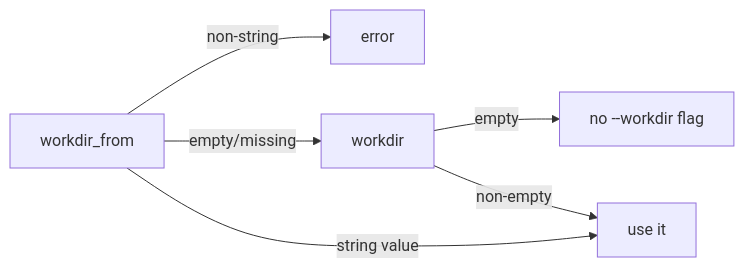
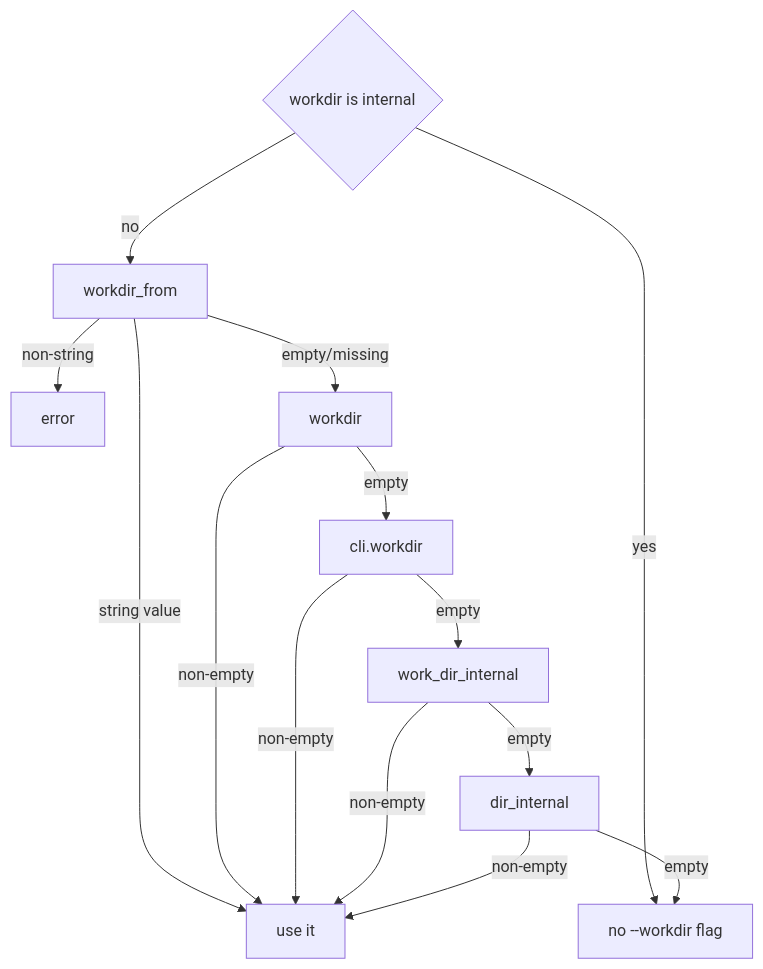
One commit to semsemyonoff/dwe changed the diagram in docs/reference/config/commands/types.md. Above: the diagram before and after it, drawn with Mermaid. The commit also changed other lines of this file and 10 other files, not shown here.

````diff
--- a/docs/reference/config/commands/types.md
+++ b/docs/reference/config/commands/types.md
@@ -712,8 +748,16 @@
 ```mermaid
-flowchart LR
-    F[workdir_from] -- non-string --> X[error]
+flowchart TD
+    S{workdir is internal} -- yes --> N[no --workdir flag]
+    S -- no --> F[workdir_from]
+    F -- non-string --> X[error]
+    F -- string value --> U[use it]
     F -- empty/missing --> W[workdir]
-    F -- string value --> U[use it]
-    W -- empty --> N[no --workdir flag]
     W -- non-empty --> U
+    W -- empty --> A[cli.workdir]
+    A -- non-empty --> U
+    A -- empty --> B[work_dir_internal]
+    B -- non-empty --> U
+    B -- empty --> C[dir_internal]
+    C -- non-empty --> U
+    C -- empty --> N
 ```
````
